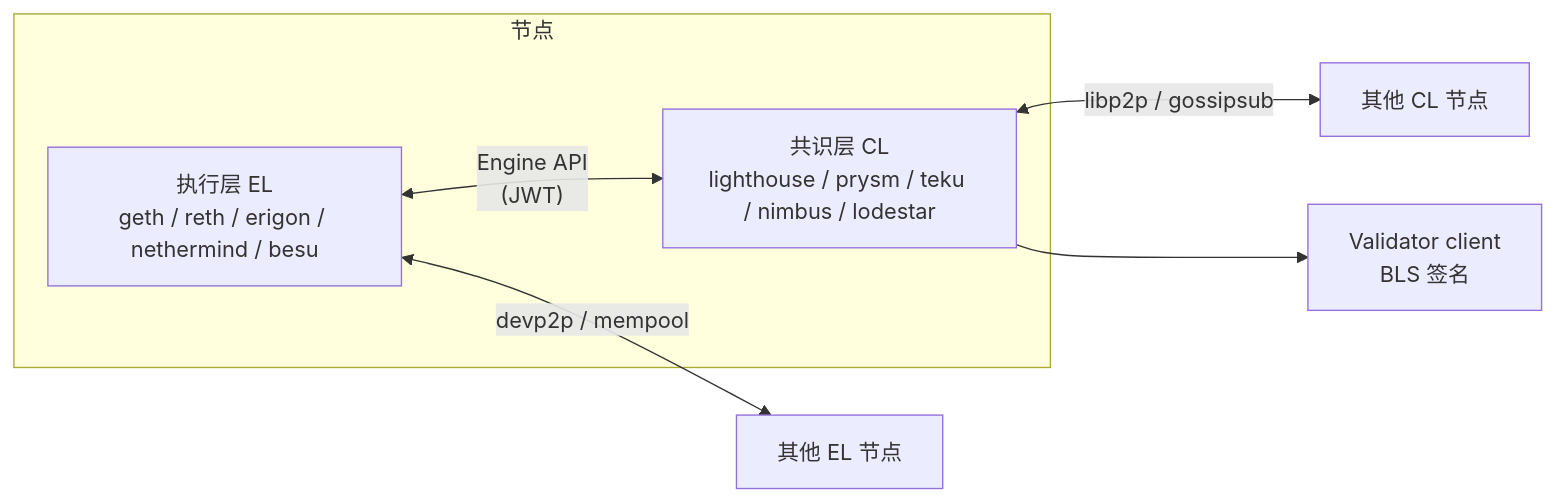
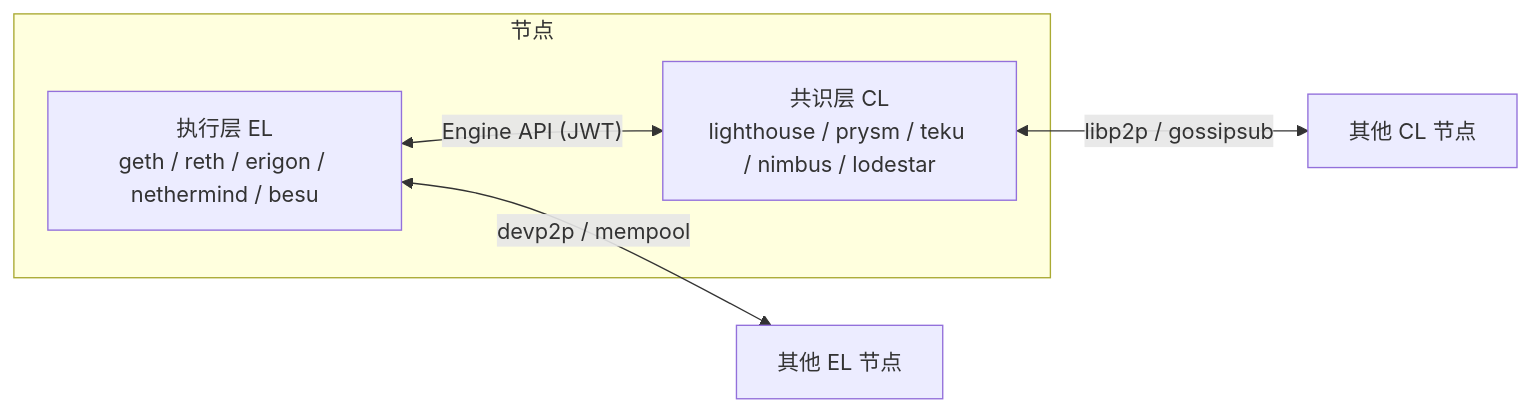
Before and after one commit to ChuwuYo/misc-files: the third of 7 diagrams in web3-engineer-guide/03-以太坊与EVM/README.md, drawn with Mermaid. The commit also changed other lines of this file and 211 other files, not shown here.

````diff
--- a/web3-engineer-guide/03-以太坊与EVM/README.md
+++ b/web3-engineer-guide/03-以太坊与EVM/README.md
@@ -1091,11 +985,10 @@
 ```mermaid
 flowchart LR
   subgraph 节点
     EL["执行层 EL<br/>geth / reth / erigon / nethermind / besu"]
     CL["共识层 CL<br/>lighthouse / prysm / teku / nimbus / lodestar"]
-    EL <-- "Engine API<br/>(JWT)" --> CL
+    EL <-- "Engine API (JWT)" --> CL
   end
   EL <-- "devp2p / mempool" --> 其他EL[其他 EL 节点]
   CL <-- "libp2p / gossipsub" --> 其他CL[其他 CL 节点]
-  CL --> 验证者[Validator client<br/>BLS 签名]
 ```
````
